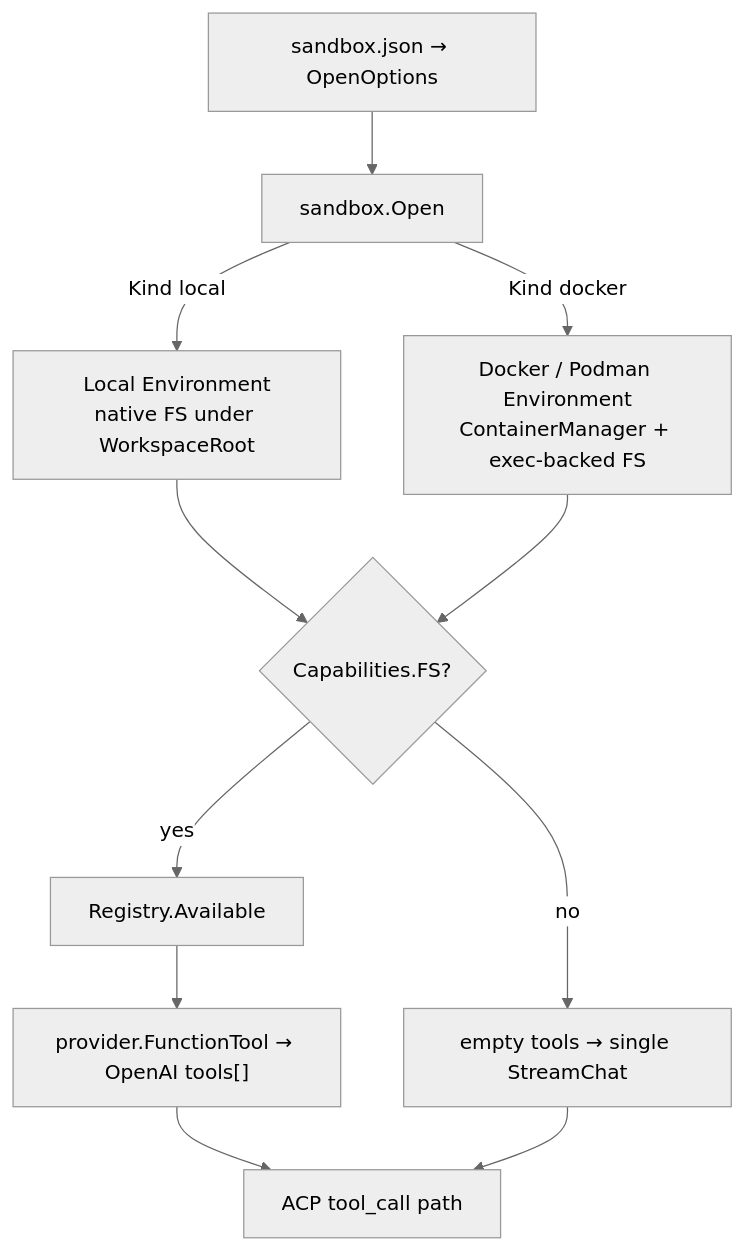
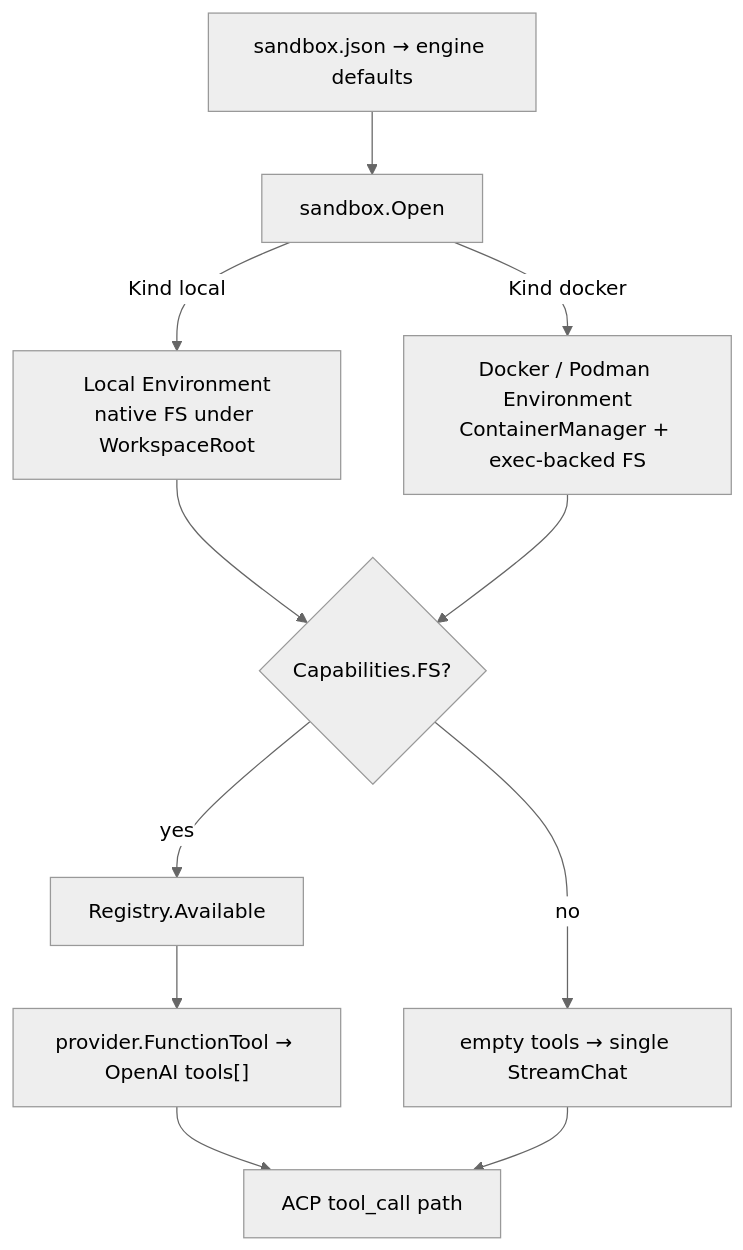
The fifth of 6 diagrams in docs/architecture.md (tryy3/agent-fabric), drawn with Mermaid (neutral theme) before and after one commit. The commit also changed other lines of this file and 20 other files, not shown here.

````diff
--- a/docs/architecture.md
+++ b/docs/architecture.md
@@ -246,13 +246,13 @@
 ```mermaid
 flowchart TB
-  Config["sandbox.json → OpenOptions"] --> Open["sandbox.Open"]
+  Config["sandbox.json → engine defaults"] --> Open["sandbox.Open"]
   Open -->|Kind local| Local["Local Environment<br/>native FS under WorkspaceRoot"]
   Open -->|Kind docker| Docker["Docker / Podman Environment<br/>ContainerManager + exec-backed FS"]
   Local --> Caps{Capabilities.FS?}
   Docker --> Caps
   Caps -->|yes| Tools["Registry.Available"]
   Caps -->|no| None["empty tools → single StreamChat"]
   Tools --> Adapt["provider.FunctionTool → OpenAI tools[]"]
   Adapt --> SamePath["ACP tool_call path"]
   None --> SamePath
 ```
````
